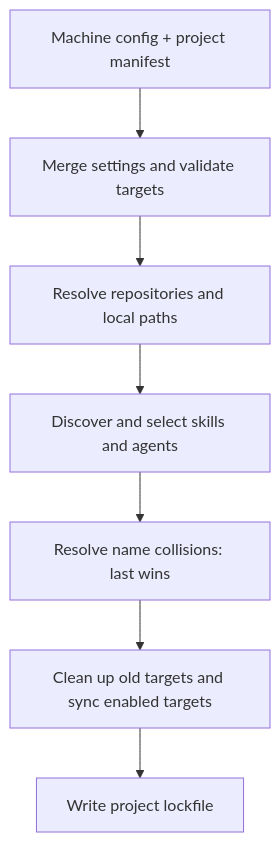
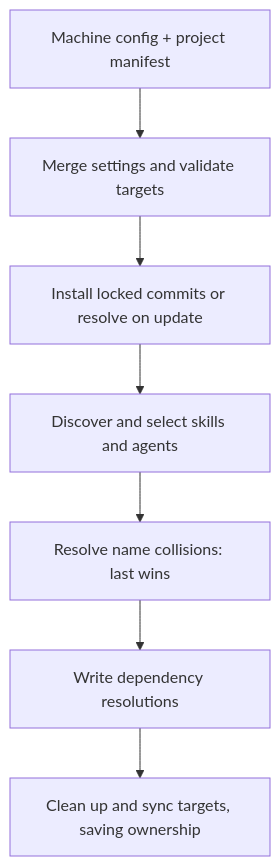
One commit to XedinUnknown/agents-config changed the diagram in ARCHITECTURE.md. Above: the diagram before and after it, drawn with Mermaid. The commit also changed other lines of this file and 13 other files, not shown here.

Commit message:
feat: install locked commits and update dependencies explicitly

````diff
--- a/ARCHITECTURE.md
+++ b/ARCHITECTURE.md
@@ -11,9 +11,9 @@
 ```mermaid
 flowchart TD
     A[Machine config + project manifest] --> B[Merge settings and validate targets]
-    B --> C[Resolve repositories and local paths]
+    B --> C[Install locked commits or resolve on update]
     C --> D[Discover and select skills and agents]
     D --> E[Resolve name collisions: last wins]
-    E --> F[Clean up old targets and sync enabled targets]
-    F --> G[Write project lockfile]
+    E --> F[Write dependency resolutions]
+    F --> G[Clean up and sync targets, saving ownership]
 ```
````
